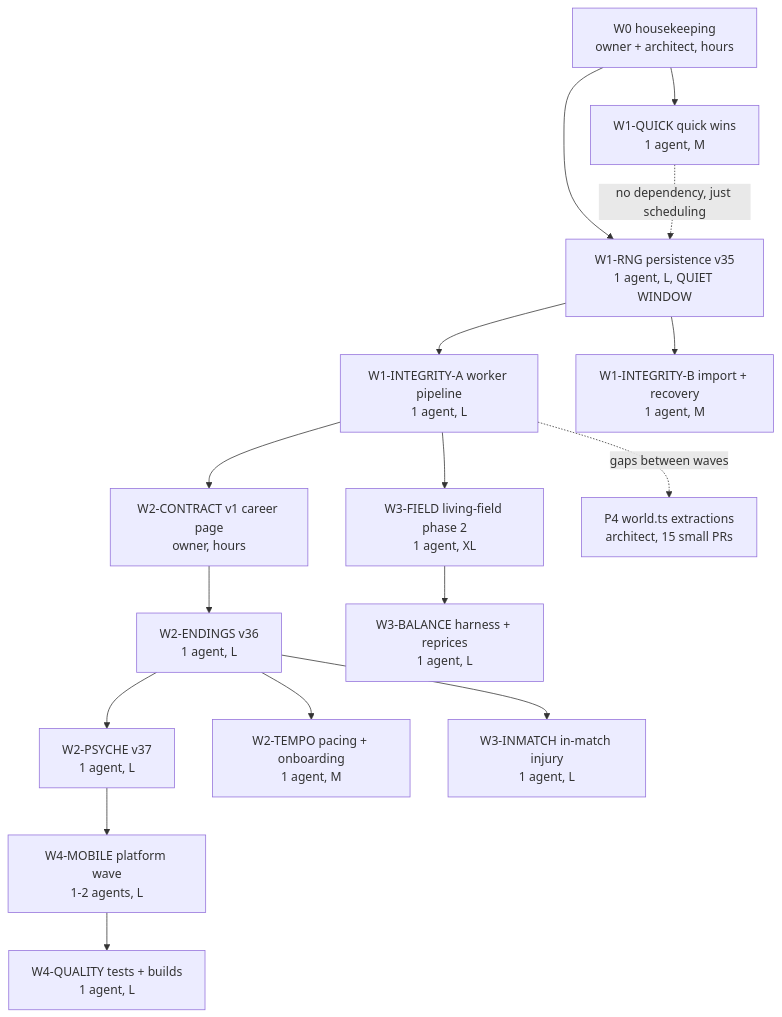
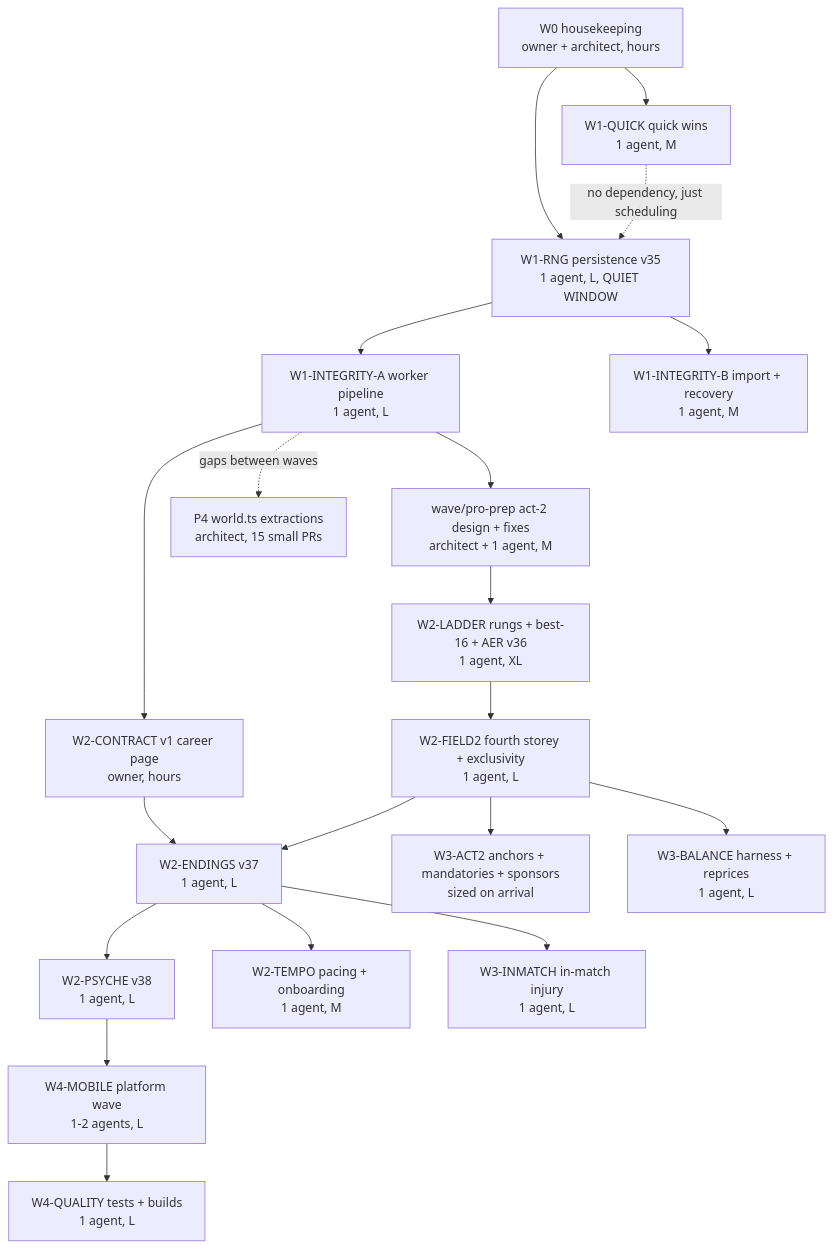
One commit to letulip/ties-break changed the diagram in docs/plans/launch-plan-2026-08.md. Above: the diagram before and after it, drawn with Mermaid. The commit also changed other lines of this file and 6 other files, not shown here.

First line of the commit message:
act-2 design + the stale rank-cache heal (wave/pro-prep, architect half)

````diff
--- a/docs/plans/launch-plan-2026-08.md
+++ b/docs/plans/launch-plan-2026-08.md
@@ -27,18 +27,22 @@
 ```mermaid
 flowchart TD
   W0[W0 housekeeping<br/>owner + architect, hours] --> W1Q[W1-QUICK quick wins<br/>1 agent, M]
   W0 --> W1R[W1-RNG persistence v35<br/>1 agent, L, QUIET WINDOW]
   W1R --> W1A[W1-INTEGRITY-A worker pipeline<br/>1 agent, L]
   W1R --> W1B[W1-INTEGRITY-B import + recovery<br/>1 agent, M]
   W1Q -.no dependency, just scheduling.-> W1R
+  W1A --> WPP[wave/pro-prep act-2 design + fixes<br/>architect + 1 agent, M]
+  WPP --> W2L[W2-LADDER rungs + best-16 + AER v36<br/>1 agent, XL]
+  W2L --> W2F2[W2-FIELD2 fourth storey + exclusivity<br/>1 agent, L]
   W1A --> W2C[W2-CONTRACT v1 career page<br/>owner, hours]
-  W2C --> W2E[W2-ENDINGS v36<br/>1 agent, L]
-  W2E --> W2P[W2-PSYCHE v37<br/>1 agent, L]
+  W2C --> W2E[W2-ENDINGS v37<br/>1 agent, L]
+  W2F2 --> W2E
+  W2E --> W2P[W2-PSYCHE v38<br/>1 agent, L]
   W2E --> W2T[W2-TEMPO pacing + onboarding<br/>1 agent, M]
   W2E --> W3I[W3-INMATCH in-match injury<br/>1 agent, L]
-  W1A --> W3F[W3-FIELD living-field phase 2<br/>1 agent, XL]
-  W3F --> W3B[W3-BALANCE harness + reprices<br/>1 agent, L]
+  W2F2 --> W3A[W3-ACT2 anchors + mandatories + sponsors<br/>sized on arrival]
+  W2F2 --> W3B[W3-BALANCE harness + reprices<br/>1 agent, L]
   W2P --> W4M[W4-MOBILE platform wave<br/>1-2 agents, L]
   W4M --> W4Q[W4-QUALITY tests + builds<br/>1 agent, L]
   W1A -.gaps between waves.-> P4[P4 world.ts extractions<br/>architect, 15 small PRs]
 ```
````
